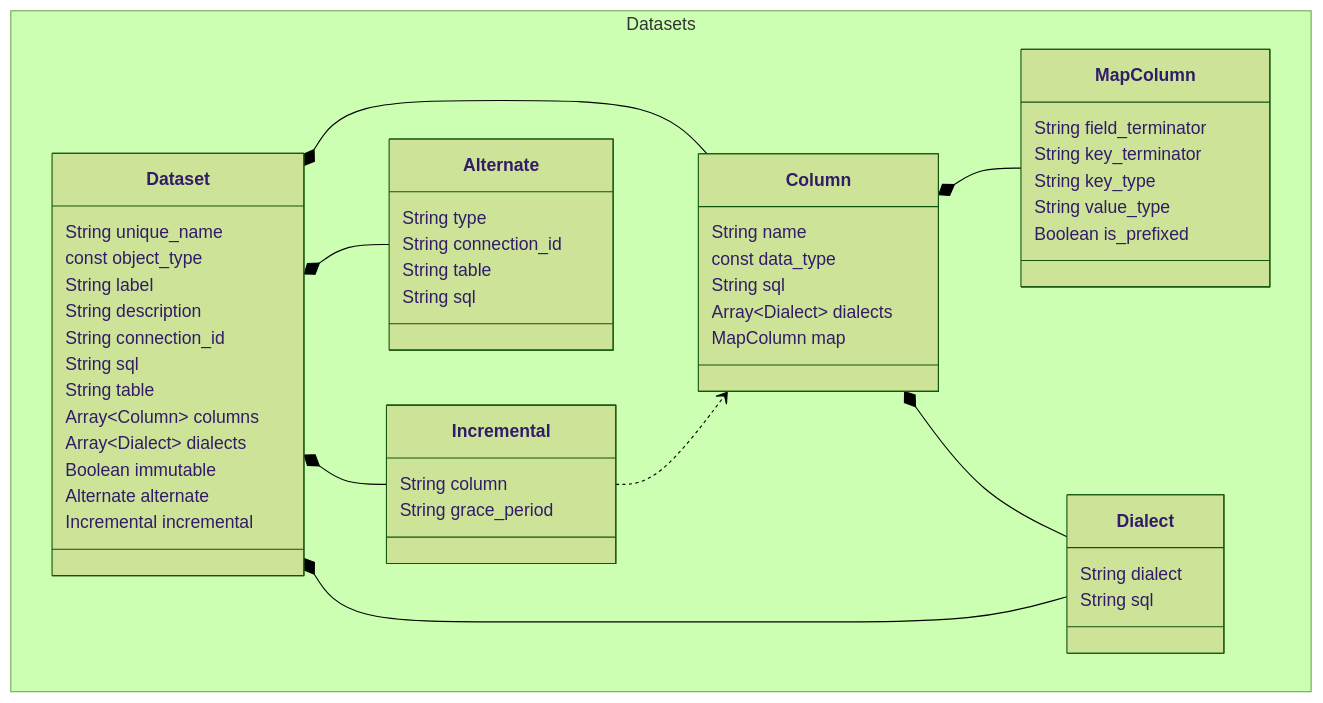
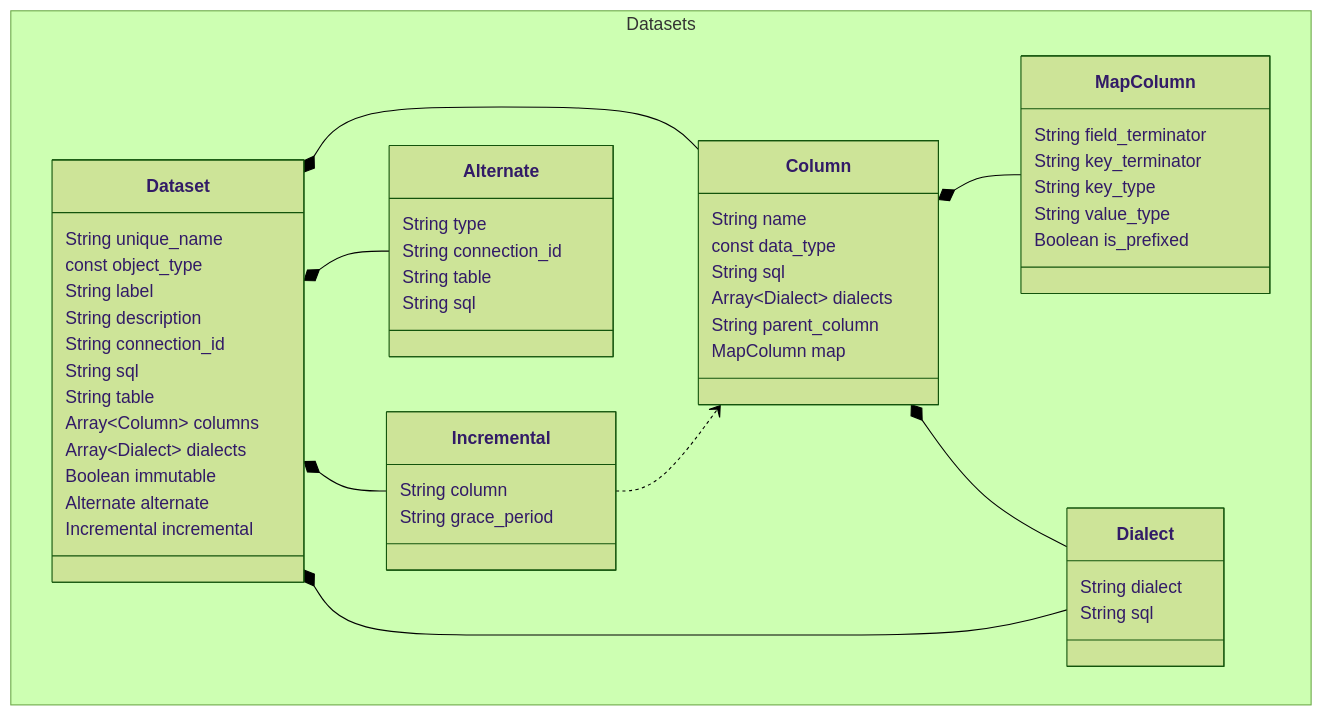
One commit to AlchemyTechLabsInc/SML changed the diagram in sml-reference/dataset.md. Above: the diagram before and after it, drawn with Mermaid (forest theme). The commit also changed other lines of this file and 1 other file, not shown here.

````diff
--- a/sml-reference/dataset.md
+++ b/sml-reference/dataset.md
@@ -143,54 +143,55 @@
 ```mermaid
 classDiagram
     Dataset *-- Column
     Dataset *-- Alternate
     Dataset *-- Incremental
     Incremental ..> Column
     Column *-- MapColumn
     Dataset *-- Dialect
     Column *-- Dialect
 namespace Datasets{    
     class Dataset{
       String unique_name
       const object_type
       String label
       String description
       String connection_id
       String sql
       String table
       Array~Column~ columns
       Array~Dialect~ dialects
       Boolean immutable
       Alternate alternate
       Incremental incremental
     }
     class Column{
       String name
       const data_type
       String sql
       Array~Dialect~ dialects
+      String parent_column
       MapColumn map
     }
     class Dialect{
       String dialect
       String sql
     }
     class Alternate{
       String type
       String connection_id
       String table
       String sql      
     }
     class Incremental{
       String column
       String grace_period
     }
     class MapColumn{
       String field_terminator
       String key_terminator
       String key_type
       String value_type
       Boolean is_prefixed
     }
 }
 ```
````
